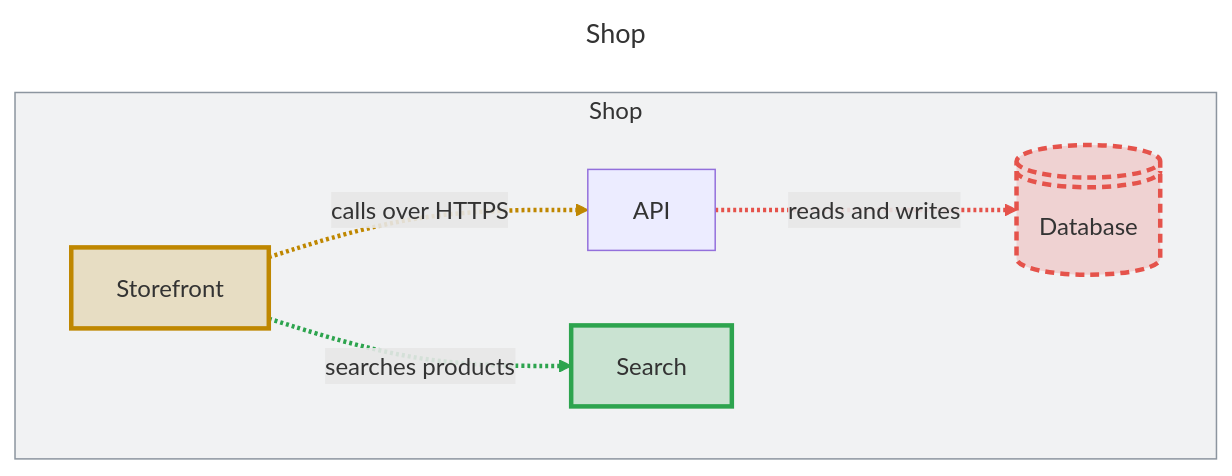
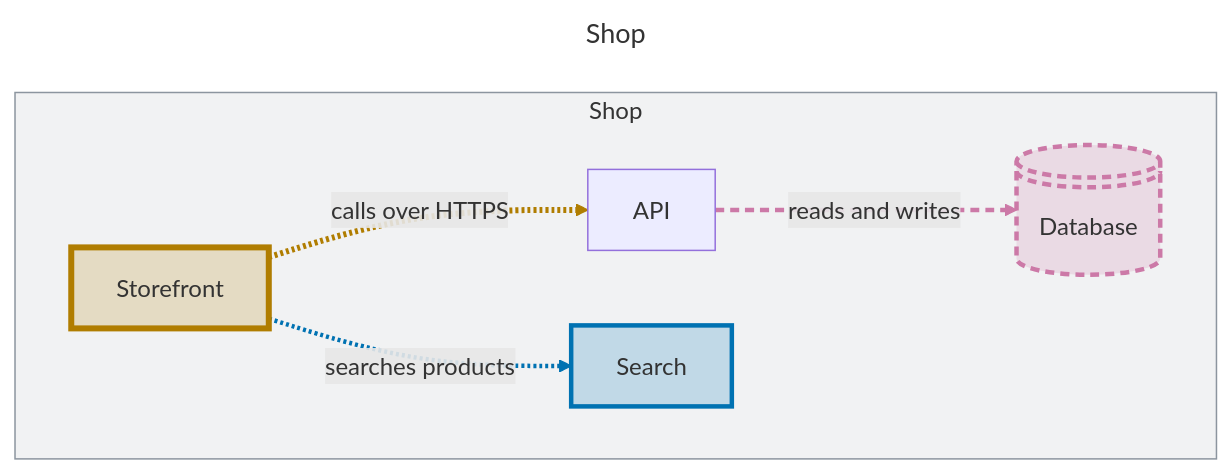
The diagram in README.md (novibe-org/likec4-architecture-diff-action), drawn with Mermaid before and after one commit. The commit also changed other lines of this file and 2 other files, not shown here.

First line of the commit message:
feat: the architecture diff uses colour-blind-safe colours, line styles that carry the change, and colour inputs

````diff
--- a/README.md
+++ b/README.md
@@ -20,22 +22,22 @@
 ```mermaid
 ---
 title: "Shop"
 ---
 graph TB
   subgraph Shop["`Shop`"]
     Shop.Web@{ shape: rectangle, label: "Storefront" }
     Shop.Api@{ shape: rectangle, label: "API" }
     Shop.Search@{ shape: rectangle, label: "Search" }
     Shop.Db@{ shape: disk, label: "Database" }
   end
   Shop.Web -. "`calls over HTTPS`" .-> Shop.Api
   Shop.Web -. "`searches products`" .-> Shop.Search
   Shop.Api -. "`reads and writes`" .-> Shop.Db
   style Shop fill:#8c959f1f,stroke:#8c959f
-  style Shop.Web fill:#bf870033,stroke:#bf8700,stroke-width:3px
-  style Shop.Search fill:#2da44e33,stroke:#2da44e,stroke-width:3px
-  linkStyle 0 stroke:#bf8700,stroke-width:3px
-  linkStyle 1 stroke:#2da44e,stroke-width:3px
-  style Shop.Db fill:#e5534b33,stroke:#e5534b,stroke-width:3px,stroke-dasharray:6 4
-  linkStyle 2 stroke:#e5534b,stroke-width:3px
+  style Shop.Web fill:#B07D0033,stroke:#B07D00,stroke-width:4px
+  style Shop.Search fill:#0072B233,stroke:#0072B2,stroke-width:3px
+  linkStyle 0 stroke:#B07D00,stroke-width:4px
+  linkStyle 1 stroke:#0072B2,stroke-width:3px
+  style Shop.Db fill:#CC79A733,stroke:#CC79A7,stroke-width:3px,stroke-dasharray:6 4
+  linkStyle 2 stroke:#CC79A7,stroke-width:3px,stroke-dasharray:6 4
 ```
````
